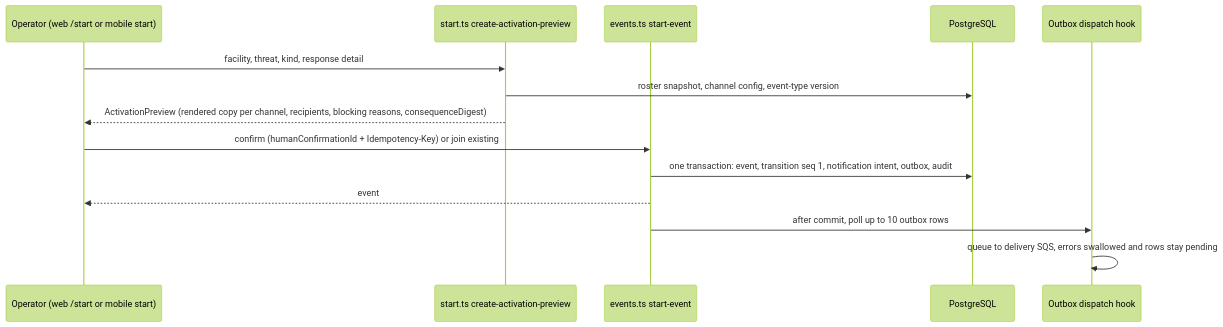
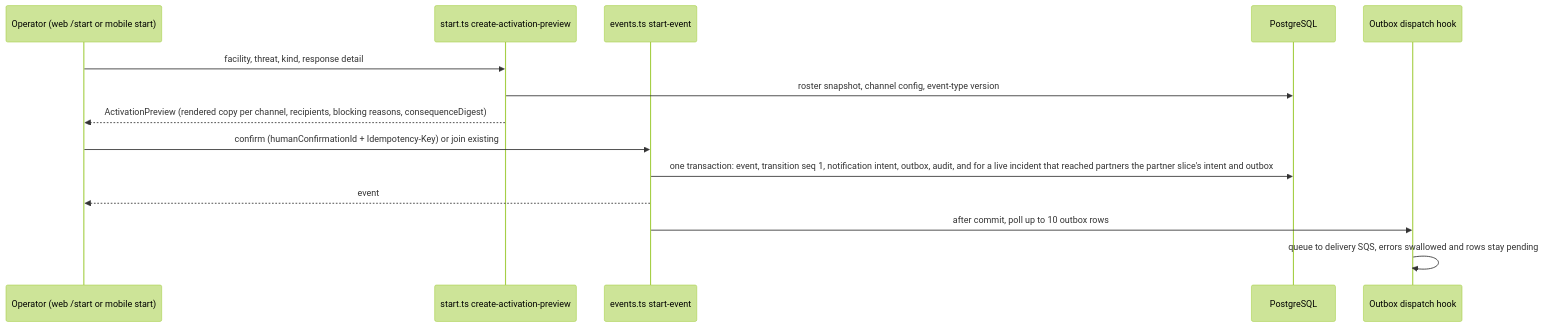
One commit to psd401/psd-eoc changed the second of 2 diagrams in openwiki/domain/event-lifecycle-and-activation.md. Above: the diagram before and after it, drawn with Mermaid (forest theme). The commit also changed other lines of this file and 10 other files, not shown here.

````diff
--- a/openwiki/domain/event-lifecycle-and-activation.md
+++ b/openwiki/domain/event-lifecycle-and-activation.md
@@ -54,16 +55,16 @@
 ```mermaid
 sequenceDiagram
   participant U as Operator (web /start or mobile start)
   participant S as start.ts create-activation-preview
   participant EV as events.ts start-event
   participant DB as PostgreSQL
   participant D as Outbox dispatch hook
   U->>S: facility, threat, kind, response detail
   S->>DB: roster snapshot, channel config, event-type version
   S-->>U: ActivationPreview (rendered copy per channel, recipients, blocking reasons, consequenceDigest)
   U->>EV: confirm (humanConfirmationId + Idempotency-Key) or join existing
-  EV->>DB: one transaction: event, transition seq 1, notification intent, outbox, audit
+  EV->>DB: one transaction: event, transition seq 1, notification intent, outbox, audit, and for a live incident that reached partners the partner slice's intent and outbox
   EV-->>U: event
   EV->>D: after commit, poll up to 10 outbox rows
   D->>D: queue to delivery SQS, errors swallowed and rows stay pending
 ```
````
